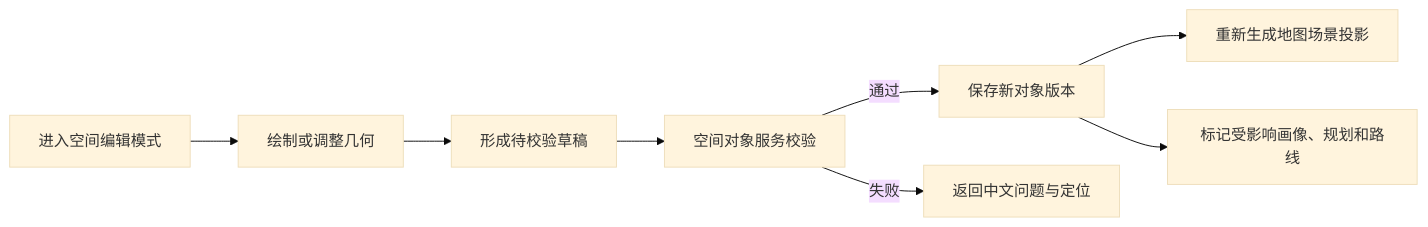
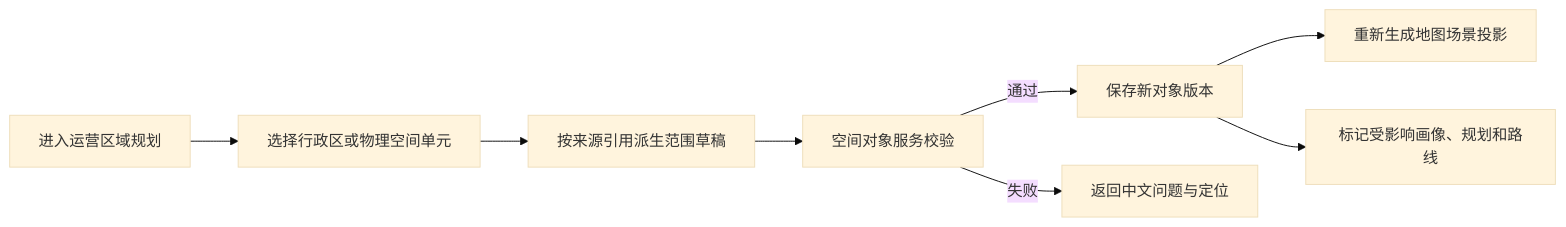
Before and after one commit to Chizheng4/robotaxi: the fourth of 4 diagrams in doc/01-space-model/12-real-geospatial-operating-map-design.md, drawn with Mermaid (base theme). The commit also changed other lines of this file and 22 other files, not shown here.

````diff
--- a/doc/01-space-model/12-real-geospatial-operating-map-design.md
+++ b/doc/01-space-model/12-real-geospatial-operating-map-design.md
@@ -422,10 +442,10 @@
 ```mermaid
 flowchart LR
-  EDIT["进入空间编辑模式"] --> DRAW["绘制或调整几何"]
-  DRAW --> DRAFT["形成待校验草稿"]
+  EDIT["进入运营区域规划"] --> SELECT["选择行政区或物理空间单元"]
+  SELECT --> DRAFT["按来源引用派生范围草稿"]
   DRAFT --> VALIDATE["空间对象服务校验"]
   VALIDATE -->|通过| VERSION["保存新对象版本"]
   VALIDATE -->|失败| ERROR["返回中文问题与定位"]
   VERSION --> PROJECT["重新生成地图场景投影"]
   VERSION --> IMPACT["标记受影响画像、规划和路线"]
 ```
````
